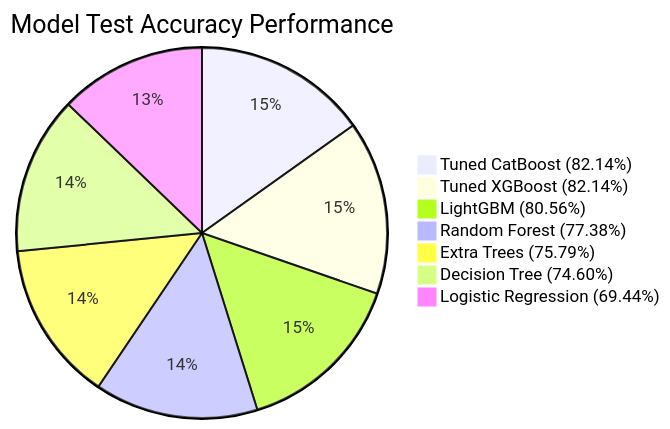
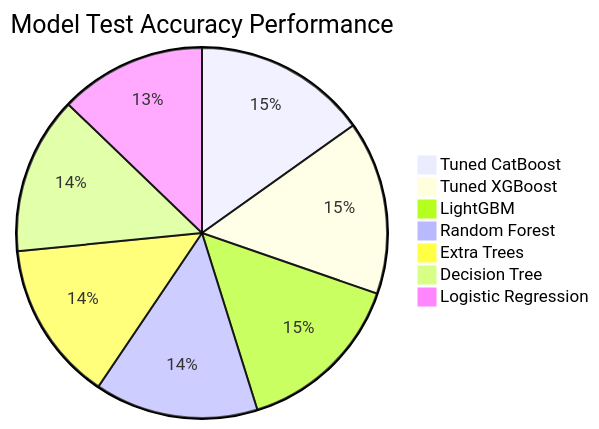
One commit to Garima09-work/workplace-mental-health-predictor changed the ninth of 30 diagrams in README.md. Above: the diagram before and after it, drawn with Mermaid. The commit also changed other lines of this file, not shown here.

````diff
--- a/README.md
+++ b/README.md
@@ -483,10 +597,10 @@
 ```mermaid
 pie title Model Test Accuracy Performance
-    "Tuned CatBoost (82.14%)" : 82.14
-    "Tuned XGBoost (82.14%)" : 82.14
-    "LightGBM (80.56%)" : 80.56
-    "Random Forest (77.38%)" : 77.38
-    "Extra Trees (75.79%)" : 75.79
-    "Decision Tree (74.60%)" : 74.60
-    "Logistic Regression (69.44%)" : 69.44
+    "Tuned CatBoost" : 82.14
+    "Tuned XGBoost" : 82.14
+    "LightGBM" : 80.56
+    "Random Forest" : 77.38
+    "Extra Trees" : 75.79
+    "Decision Tree" : 74.60
+    "Logistic Regression" : 69.44
 ```
````
